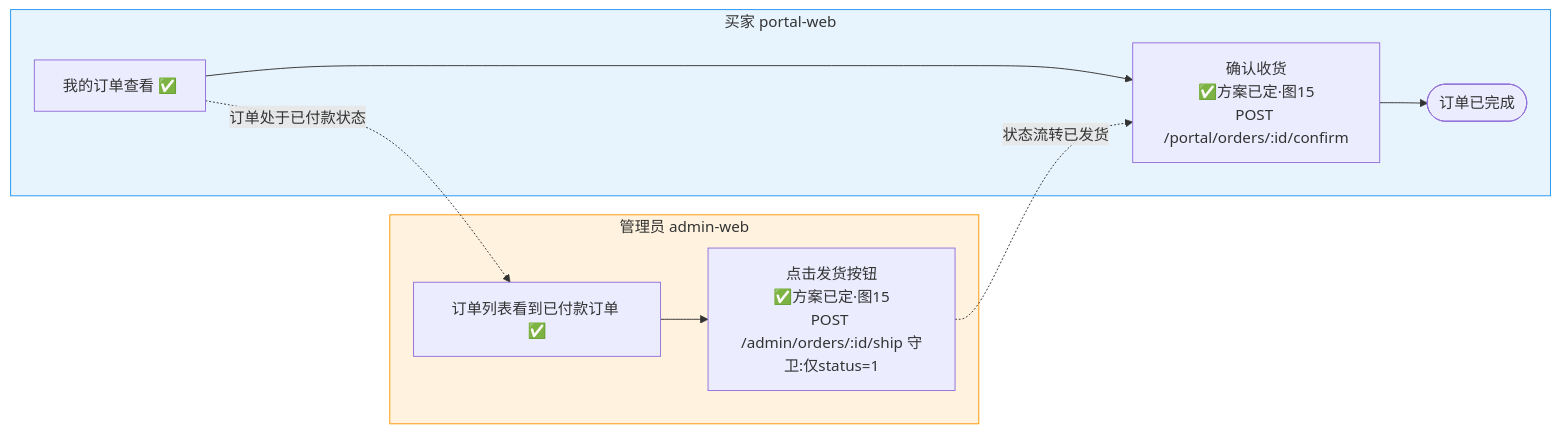
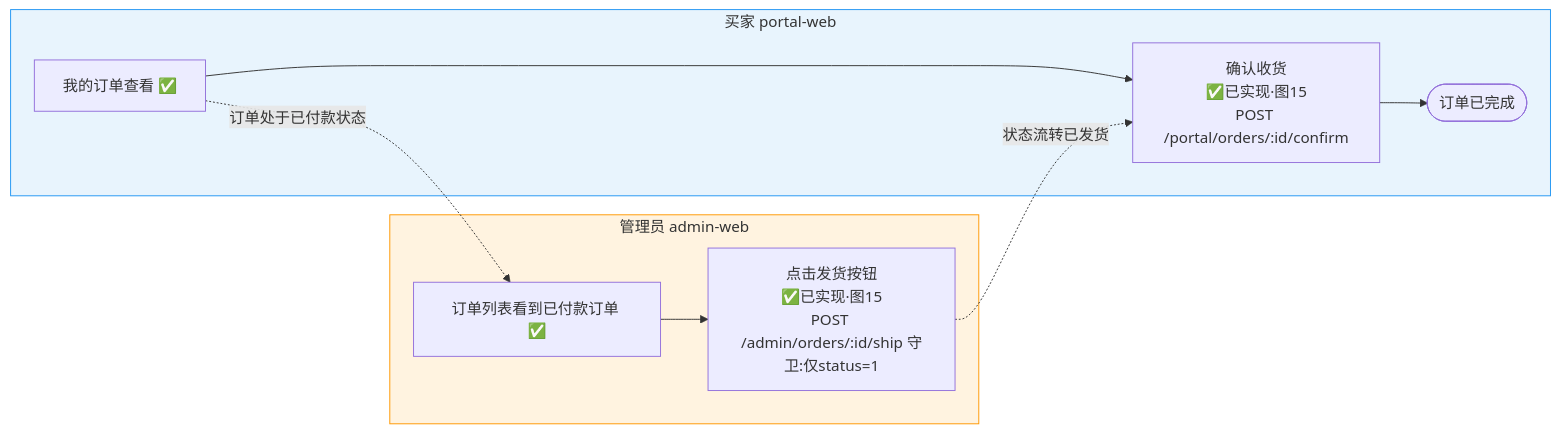
One commit to zzy-repo/qiqi-mall changed the diagram in docs/flows/5-场景3-订单履约.mmd. Above: the diagram before and after it, drawn with Mermaid. The commit also changed 56 other files, not shown here.

Commit message:
feat: 图片上传(MinIO链路) + 死锁重试与幂等令牌 + 订单号并发唯一 + C端订单分页 + docs 同步

```diff
--- a/docs/flows/5-场景3-订单履约.mmd
+++ b/docs/flows/5-场景3-订单履约.mmd
@@ -1,12 +1,12 @@
 flowchart LR
     subgraph Buyer[买家 portal-web]
-        B1[我的订单查看 ✅] --> B2[确认收货<br/>✅方案已定·图15<br/>POST /portal/orders/:id/confirm]
+        B1[我的订单查看 ✅] --> B2[确认收货<br/>✅已实现·图15<br/>POST /portal/orders/:id/confirm]
         B2 --> Done3([订单已完成])
     end
     subgraph Admin[管理员 admin-web]
-        A1[订单列表看到已付款订单 ✅] --> A2[点击发货按钮<br/>✅方案已定·图15<br/>POST /admin/orders/:id/ship 守卫:仅status=1]
+        A1[订单列表看到已付款订单 ✅] --> A2[点击发货按钮<br/>✅已实现·图15<br/>POST /admin/orders/:id/ship 守卫:仅status=1]
     end
     B1 -.订单处于已付款状态.-> A1
     A2 -.状态流转已发货.-> B2
     style Admin fill:#fff3e0,stroke:#ff9800
     style Buyer fill:#e8f4fd,stroke:#2196f3
```
